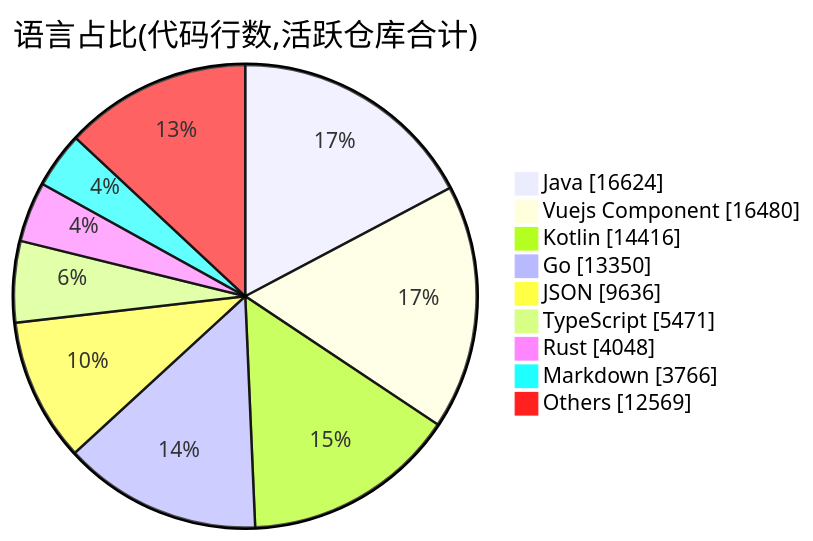
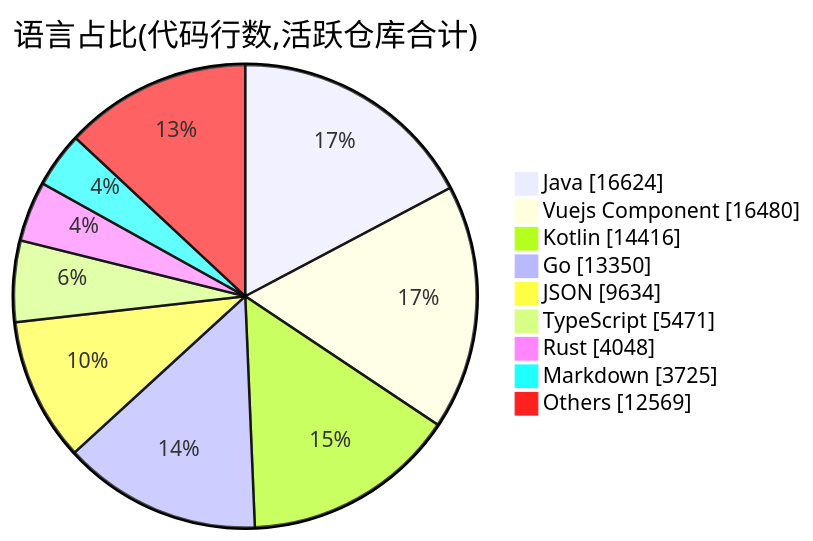
The second of 2 diagrams in profile/README.md (Conflux-Union/.github), drawn with Mermaid before and after one commit. The commit also changed other lines of this file and 1 other file, not shown here.

````diff
--- a/profile/README.md
+++ b/profile/README.md
@@ -75,13 +74,13 @@
 ```mermaid
 pie showData
     title 语言占比(代码行数,活跃仓库合计)
     "Java" : 16624
     "Vuejs Component" : 16480
     "Kotlin" : 14416
     "Go" : 13350
-    "JSON" : 9636
+    "JSON" : 9634
     "TypeScript" : 5471
     "Rust" : 4048
-    "Markdown" : 3766
+    "Markdown" : 3725
     "Others" : 12569
 ```
````
